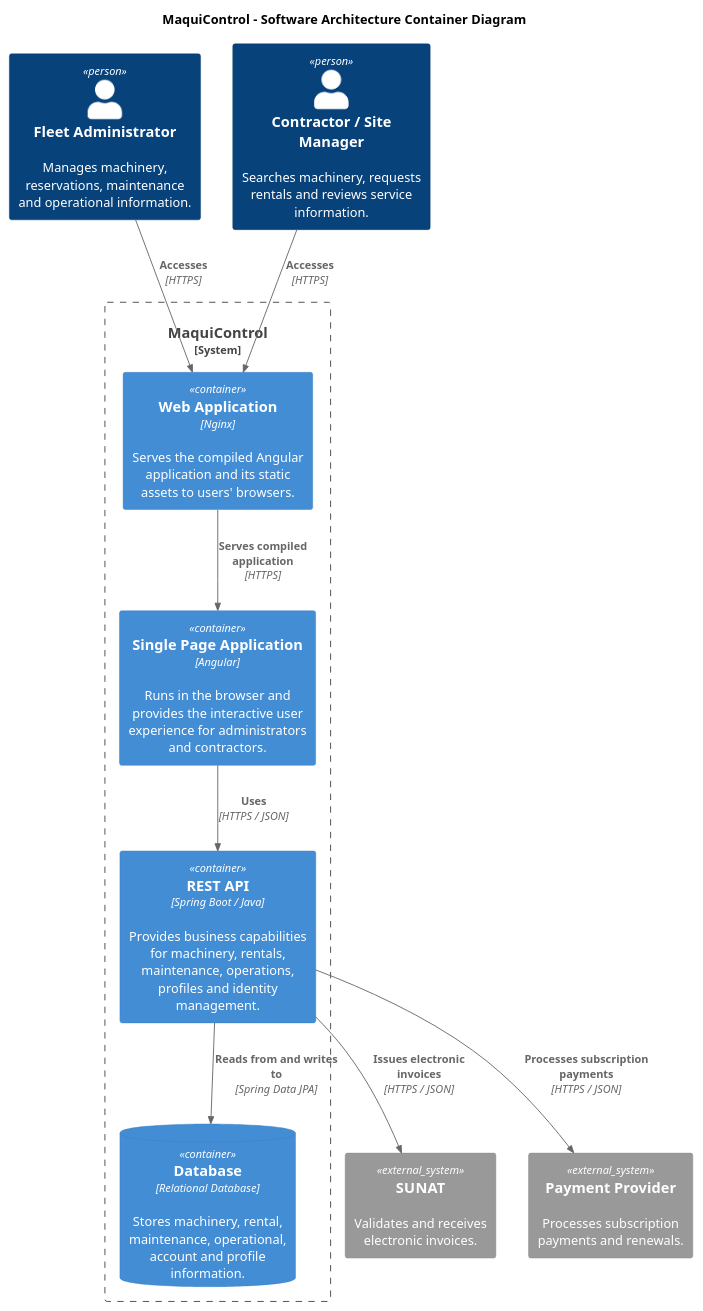
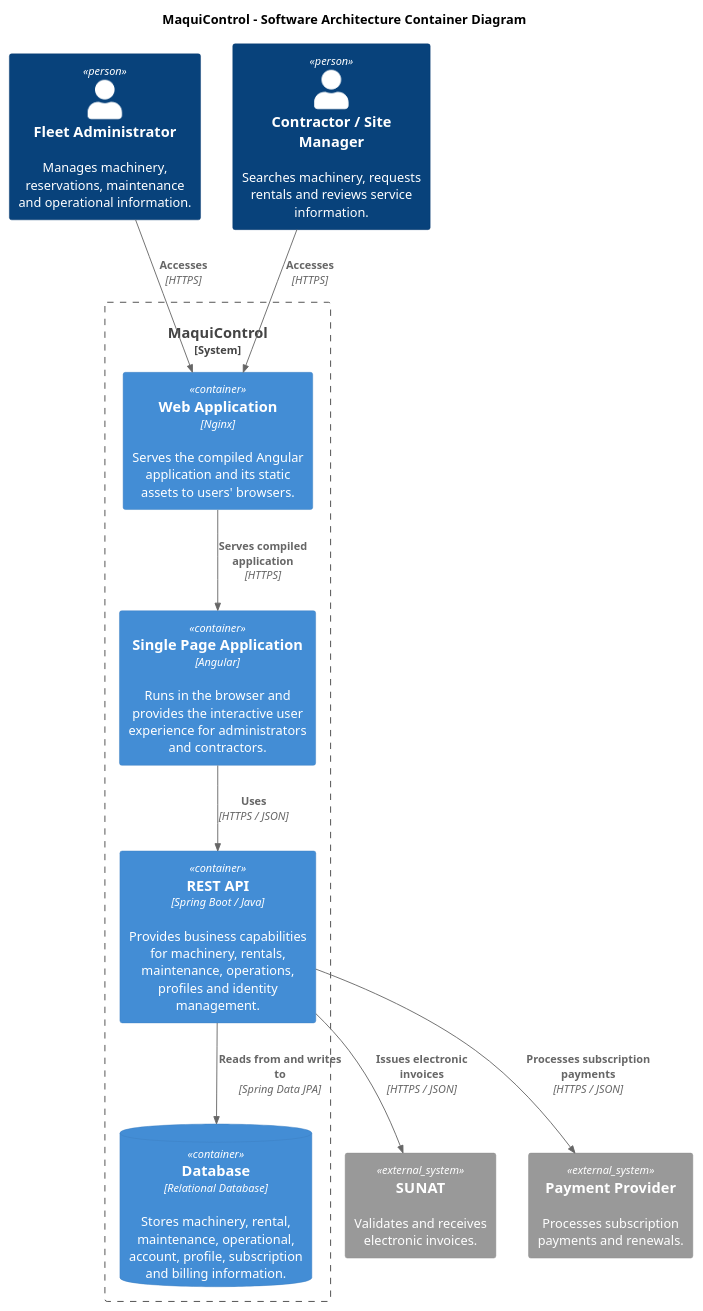
The diagram in docs/architecture/container.puml (AndesHeavyTech/MaquiControl), drawn with PlantUML before and after one commit.

Commit message:
docs(assets) fix container database description

```diff
--- a/docs/architecture/container.puml
+++ b/docs/architecture/container.puml
@@ -1,36 +1,36 @@
 @startuml
 !include <C4/C4_Container>
 
 title MaquiControl - Software Architecture Container Diagram
 
 Person(admin, "Fleet Administrator", "Manages machinery, reservations, maintenance and operational information.")
 Person(contractor, "Contractor / Site Manager", "Searches machinery, requests rentals and reviews service information.")
 
 System_Boundary(maquicontrol, "MaquiControl") {
 
     Container(webServer, "Web Application", "Nginx", "Serves the compiled Angular application and its static assets to users' browsers.")
 
     Container(spa, "Single Page Application", "Angular", "Runs in the browser and provides the interactive user experience for administrators and contractors.")
 
     Container(api, "REST API", "Spring Boot / Java", "Provides business capabilities for machinery, rentals, maintenance, operations, profiles and identity management.")
 
-    ContainerDb(database, "Database", "Relational Database", "Stores machinery, rental, maintenance, operational, account and profile information.")
+    ContainerDb(database, "Database", "Relational Database", "Stores machinery, rental, maintenance, operational, account, profile, subscription and billing information.")
 }
 
 System_Ext(sunat, "SUNAT", "Validates and receives electronic invoices.")
 System_Ext(paymentProvider, "Payment Provider", "Processes subscription payments and renewals.")
 
 Rel(admin, webServer, "Accesses", "HTTPS")
 Rel(contractor, webServer, "Accesses", "HTTPS")
 
 Rel(webServer, spa, "Serves compiled application", "HTTPS")
 
 Rel(spa, api, "Uses", "HTTPS / JSON")
 
 Rel(api, database, "Reads from and writes to", "Spring Data JPA")
 
 Rel(api, sunat, "Issues electronic invoices", "HTTPS / JSON")
 
 Rel(api, paymentProvider, "Processes subscription payments", "HTTPS / JSON")
 
 @enduml
```
